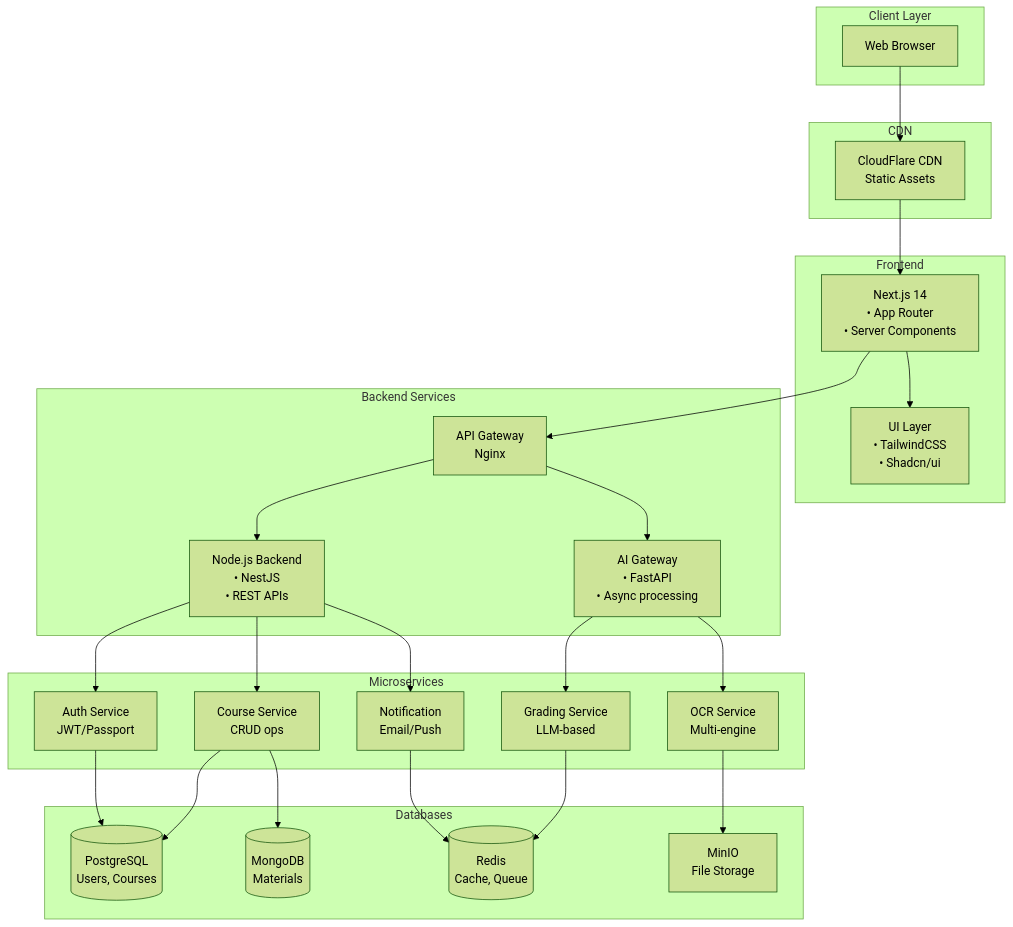
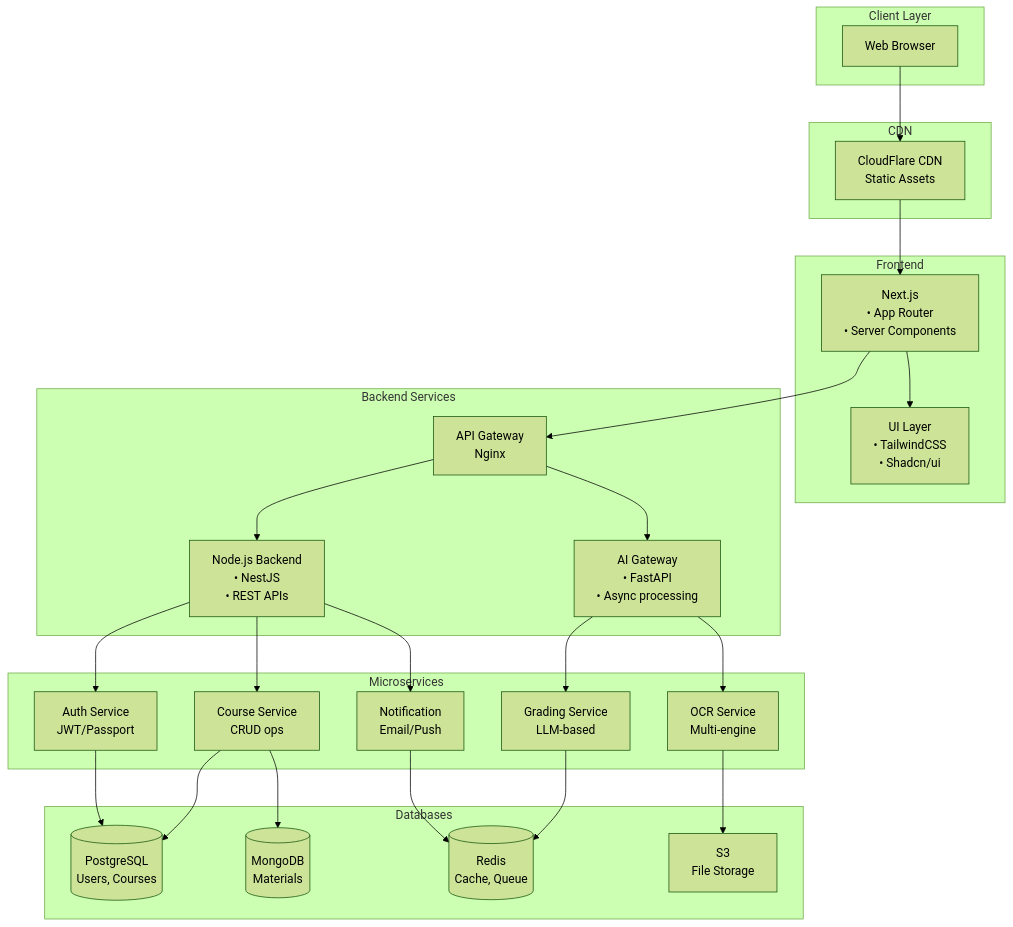
The second of 12 diagrams in diagrams-and-docs/mvp-documentation.md (abdulrahman-riyad/Co-Learn), drawn with Mermaid (forest theme) before and after one commit. The commit also changed other lines of this file, not shown here.

````diff
--- a/diagrams-and-docs/mvp-documentation.md
+++ b/diagrams-and-docs/mvp-documentation.md
@@ -164,58 +161,58 @@
 ```mermaid
 graph TB
     subgraph "Client Layer"
         Browser[Web Browser]
     end
     
     subgraph "CDN"
         CloudFlare[CloudFlare CDN<br/>Static Assets]
     end
     
     subgraph "Frontend"
-        NextJS[Next.js 14<br/>• App Router<br/>• Server Components]
+        NextJS[Next.js<br/>• App Router<br/>• Server Components]
         UI[UI Layer<br/>• TailwindCSS<br/>• Shadcn/ui]
     end
     
     subgraph "Backend Services"
         Gateway[API Gateway<br/>Nginx]
         NodeAPI[Node.js Backend<br/>• NestJS<br/>• REST APIs]
         AIGateway[AI Gateway<br/>• FastAPI<br/>• Async processing]
     end
     
     subgraph "Microservices"
         AuthService[Auth Service<br/>JWT/Passport]
         CourseService[Course Service<br/>CRUD ops]
         NotifyService[Notification<br/>Email/Push]
         OCRService[OCR Service<br/>Multi-engine]
         GradeService[Grading Service<br/>LLM-based]
     end
     
     subgraph "Databases"
         Postgres[(PostgreSQL<br/>Users, Courses)]
         MongoDB[(MongoDB<br/>Materials)]
         Redis[(Redis<br/>Cache, Queue)]
-        MinIO[MinIO<br/>File Storage]
+        S3[S3<br/>File Storage]
     end
     
     Browser --> CloudFlare
     CloudFlare --> NextJS
     NextJS --> UI
     NextJS --> Gateway
     
     Gateway --> NodeAPI
     Gateway --> AIGateway
     
     NodeAPI --> AuthService
     NodeAPI --> CourseService
     NodeAPI --> NotifyService
     
     AIGateway --> OCRService
     AIGateway --> GradeService
     
     AuthService --> Postgres
     CourseService --> Postgres
     CourseService --> MongoDB
     NotifyService --> Redis
-    OCRService --> MinIO
+    OCRService --> S3
     GradeService --> Redis
 ```
````
